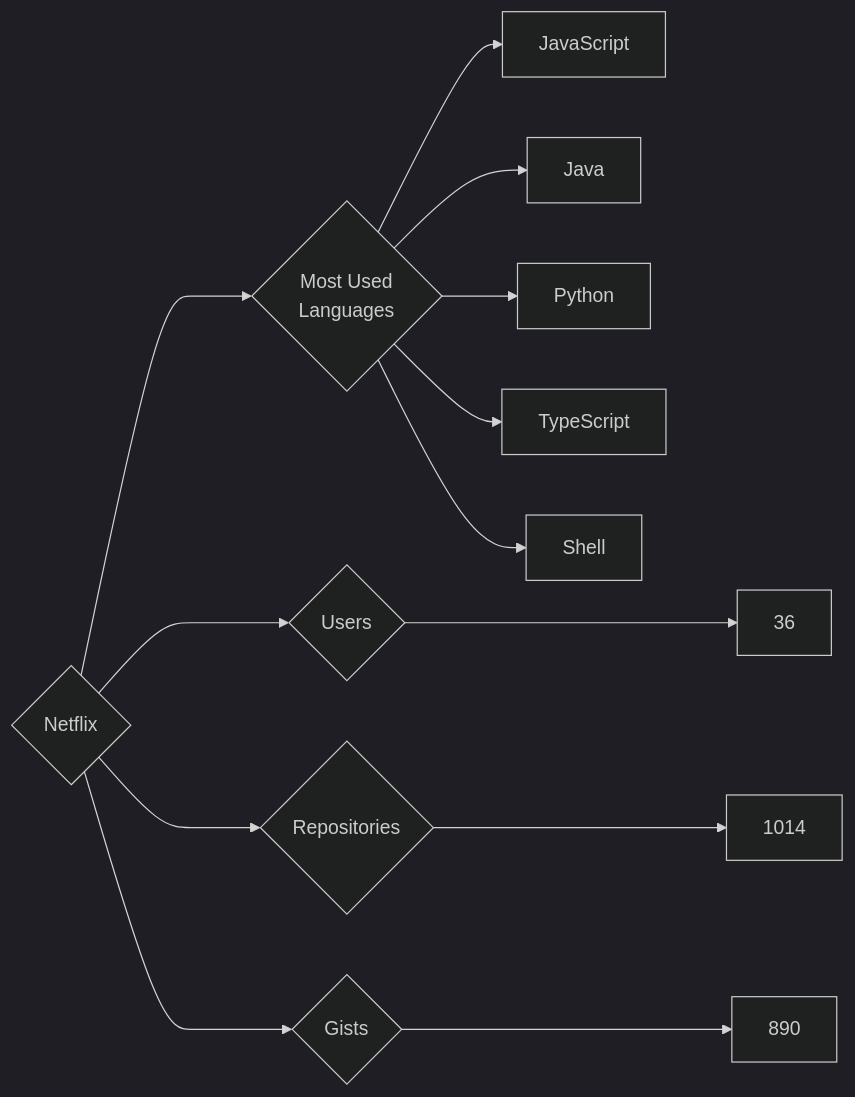
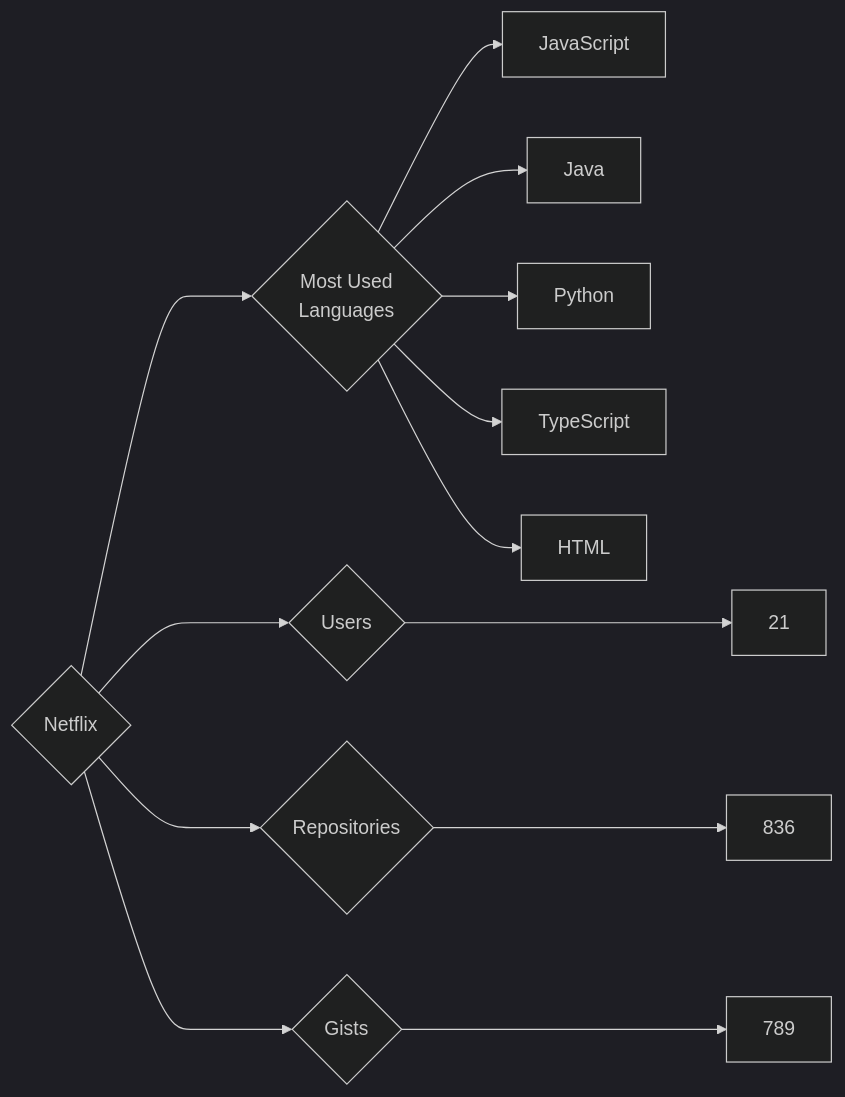
The diagram in targets/Netflix/README.md (trickest/insiders), drawn with Mermaid (dark theme) before and after one commit. The commit also changed 1011 other files, not shown here.

````diff
--- a/targets/Netflix/README.md
+++ b/targets/Netflix/README.md
@@ -3,13 +3,13 @@
 ```mermaid
 graph LR
 COMPANY_NAME{Netflix}
-COMPANY_NAME ---> U{Users} ---> UN[36]
-COMPANY_NAME ---> R{Repositories} ---> RN[1014]
-COMPANY_NAME ---> G{Gists} ---> GN[890]
+COMPANY_NAME ---> U{Users} ---> UN[21]
+COMPANY_NAME ---> R{Repositories} ---> RN[836]
+COMPANY_NAME ---> G{Gists} ---> GN[789]
 COMPANY_NAME ---> ML{Most Used<br>Languages}
 ML --> JavaScript[JavaScript]
 ML --> Java[Java]
 ML --> Python[Python]
 ML --> TypeScript[TypeScript]
-ML --> Shell[Shell]
+ML --> HTML[HTML]
 ```
````
